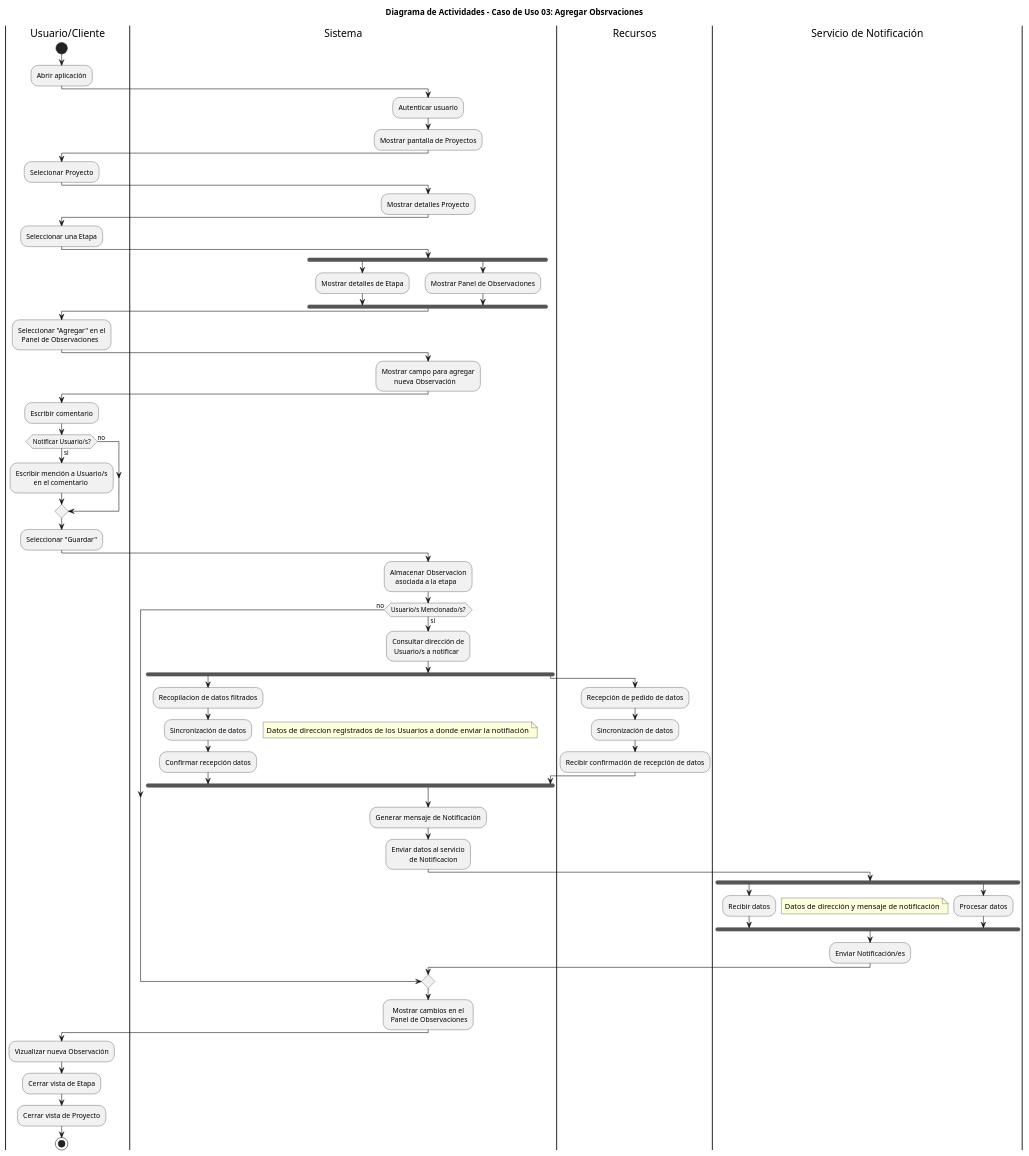
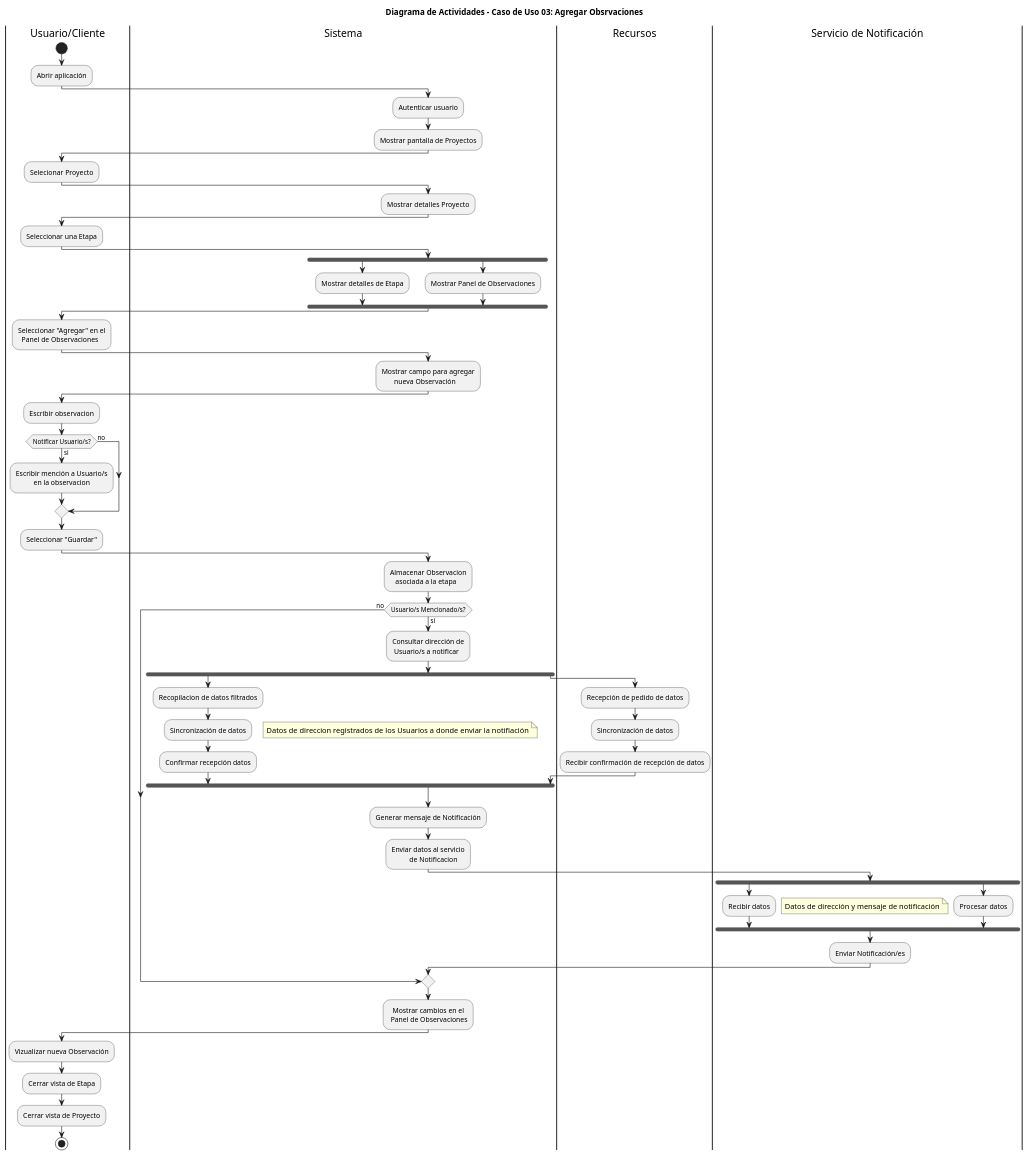
One commit to 9919-Mili/SistemaProductoraVideos changed the diagram in diagramas/04-diagramas-actividades/04-actividad-agregar-observaciones-03.puml. Above: the diagram before and after it, drawn with PlantUML. The commit also changed 22 other files, not shown here.

```diff
--- a/diagramas/04-diagramas-actividades/04-actividad-agregar-observaciones-03.puml
+++ b/diagramas/04-diagramas-actividades/04-actividad-agregar-observaciones-03.puml
@@ -1,99 +1,99 @@
 @startuml Diagrama_Actividades_Agregar_Observaciones
 title Diagrama de Actividades - Caso de Uso 03: Agregar Obsrvaciones
 |Usuario/Cliente|
 |Sistema|
 |Recursos|
 |Servicio de Notificación|
 |Usuario/Cliente|
 start
 |Usuario/Cliente|
 :Abrir aplicación;
 
 |Sistema|
   :Autenticar usuario;
   :Mostrar pantalla de Proyectos;
   
   |Usuario/Cliente| 
   :Selecionar Proyecto;
 
 |Sistema|
   :Mostrar detalles Proyecto;
 
   |Usuario/Cliente| 
   :Seleccionar una Etapa;
 
 
 |Sistema|
 fork
   :Mostrar detalles de Etapa;
 fork again
   :Mostrar Panel de Observaciones;
 endfork
 
   |Usuario/Cliente|
   :Seleccionar "Agregar" en el
     Panel de Observaciones;
 
 |Sistema|
   :Mostrar campo para agregar
          nueva Observación;
 
 |Usuario/Cliente|
-  :Escribir comentario;
+  :Escribir observacion;
   if (Notificar Usuario/s?) then (si)
   :Escribir mención a Usuario/s 
-            en el comentario;
+            en la observacion;
   else (no)
   endif
   :Seleccionar "Guardar";
 
   |Sistema|
   :Almacenar Observacion 
      asociada a la etapa;
   if (Usuario/s Mencionado/s?) then (si)
   :Consultar dirección de
    Usuario/s a notificar;
 
 |Sistema|
 fork
   :Recopilacion de datos filtrados;
   :Sincronización de datos;
 floating note right: Datos de direccion registrados de los Usuarios a donde enviar la notifiación
   :Confirmar recepción datos;
 |Recursos|
   fork again
   :Recepción de pedido de datos;
   :Sincronización de datos;
   :Recibir confirmación de recepción de datos;
 |Sistema|
 end fork
 
   |Sistema|
   :Generar mensaje de Notificación;
   :Enviar datos al servicio
             de Notificacion;
 
 |Servicio de Notificación|
 fork
   :Recibir datos;
   floating note right: Datos de dirección y mensaje de notificación
 fork again
   :Procesar datos;
 endfork
   :Enviar Notificación/es;
 
 |Usuario/Cliente|
 else (no)
 endif
 
 |Sistema|
 :  Mostrar cambios en el
  Panel de Observaciones;
 
 |Usuario/Cliente|
 :Vizualizar nueva Observación;
 :Cerrar vista de Etapa;
 :Cerrar vista de Proyecto;
 stop
 
 @enduml
```
